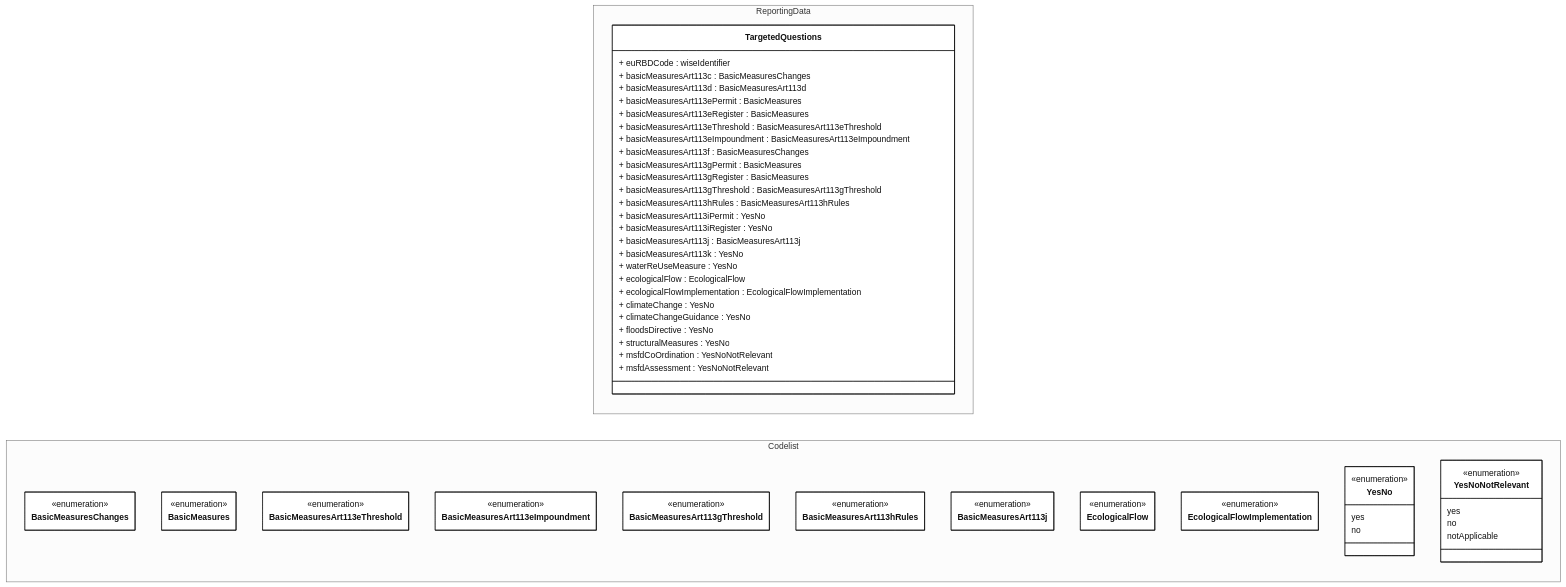
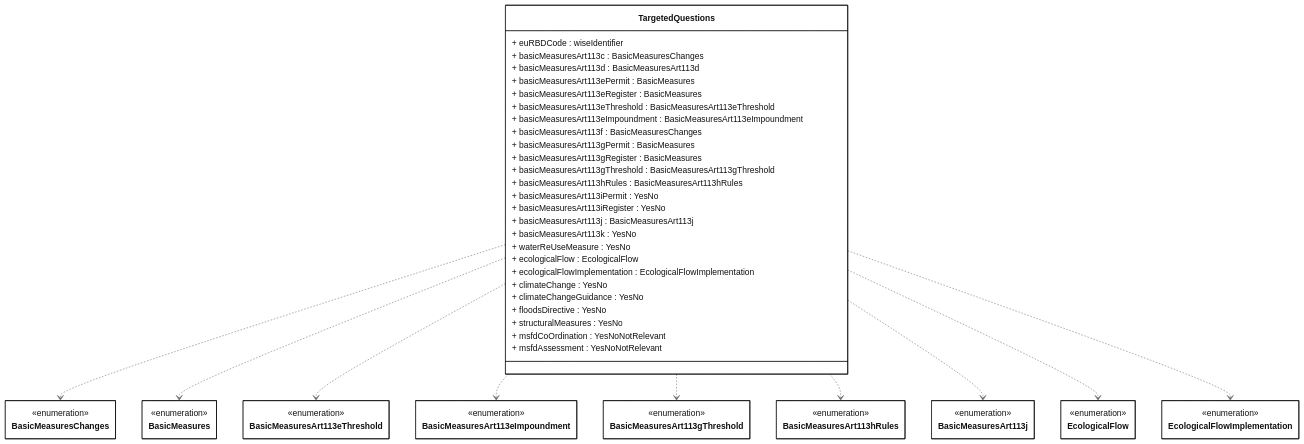
Before and after one commit to eeadata/WISE.WFD.Documentation: the diagram in docs/DataModelReview/mmd/Measures_4thCycle_TargetedQuestions_ClassDiagram.mmd, drawn with Mermaid. The commit also changed 25 other files, not shown here.

```diff
--- a/docs/DataModelReview/mmd/Measures_4thCycle_TargetedQuestions_ClassDiagram.mmd
+++ b/docs/DataModelReview/mmd/Measures_4thCycle_TargetedQuestions_ClassDiagram.mmd
@@ -1,83 +1,80 @@
 ---
 config:
   class:
     hideEmptyMembersBox: true
   layout: dagre
   theme: neutral
 ---
 classDiagram
-direction LR
-namespace ReportingData{
+direction TB
+
 class TargetedQuestions{
 + euRBDCode : wiseIdentifier
 
 + basicMeasuresArt113c : BasicMeasuresChanges
 + basicMeasuresArt113d : BasicMeasuresArt113d
 + basicMeasuresArt113ePermit : BasicMeasures
 + basicMeasuresArt113eRegister : BasicMeasures
 + basicMeasuresArt113eThreshold : BasicMeasuresArt113eThreshold
 + basicMeasuresArt113eImpoundment : BasicMeasuresArt113eImpoundment
 + basicMeasuresArt113f : BasicMeasuresChanges
 + basicMeasuresArt113gPermit : BasicMeasures
 + basicMeasuresArt113gRegister : BasicMeasures
 + basicMeasuresArt113gThreshold : BasicMeasuresArt113gThreshold
 + basicMeasuresArt113hRules : BasicMeasuresArt113hRules
 + basicMeasuresArt113iPermit : YesNo 
 + basicMeasuresArt113iRegister : YesNo 
 + basicMeasuresArt113j : BasicMeasuresArt113j
 + basicMeasuresArt113k : YesNo 
 
 + waterReUseMeasure : YesNo
 + ecologicalFlow : EcologicalFlow
 + ecologicalFlowImplementation : EcologicalFlowImplementation
 + climateChange : YesNo
 + climateChangeGuidance : YesNo
 + floodsDirective : YesNo
 + structuralMeasures : YesNo
 + msfdCoOrdination : YesNoNotRelevant
 + msfdAssessment : YesNoNotRelevant
 }
-}
-namespace Codelist{
+
 class BasicMeasuresChanges{
     <<enumeration>>
     }
 class BasicMeasures{
     <<enumeration>>
     }
 class BasicMeasuresArt113eThreshold{
     <<enumeration>>
     }
 class BasicMeasuresArt113eImpoundment{
     <<enumeration>>
     }
 class BasicMeasuresArt113gThreshold{
     <<enumeration>>
     }
 class BasicMeasuresArt113hRules{
     <<enumeration>>
     }
 class BasicMeasuresArt113j{
     <<enumeration>>
     }
 class EcologicalFlow{
     <<enumeration>>
     }
 class EcologicalFlowImplementation{
     <<enumeration>>
     }
-class YesNo{
-    <<enumeration>>
-    yes
-    no
-    }
-class YesNoNotRelevant{
-    <<enumeration>>
-    yes
-    no
-    notApplicable
-    }
-}
+
+TargetedQuestions ..> BasicMeasuresChanges
+TargetedQuestions ..> BasicMeasures
+TargetedQuestions ..> BasicMeasuresArt113eThreshold
+TargetedQuestions ..> BasicMeasuresArt113eImpoundment
+TargetedQuestions ..> BasicMeasuresArt113gThreshold
+TargetedQuestions ..> BasicMeasuresArt113hRules
+TargetedQuestions ..> BasicMeasuresArt113j
+TargetedQuestions ..> EcologicalFlow
+TargetedQuestions ..> EcologicalFlowImplementation
 
 classDef default fill:white,stroke:#000;
 classDef forFixing fill:white,stroke:#f00;
```
